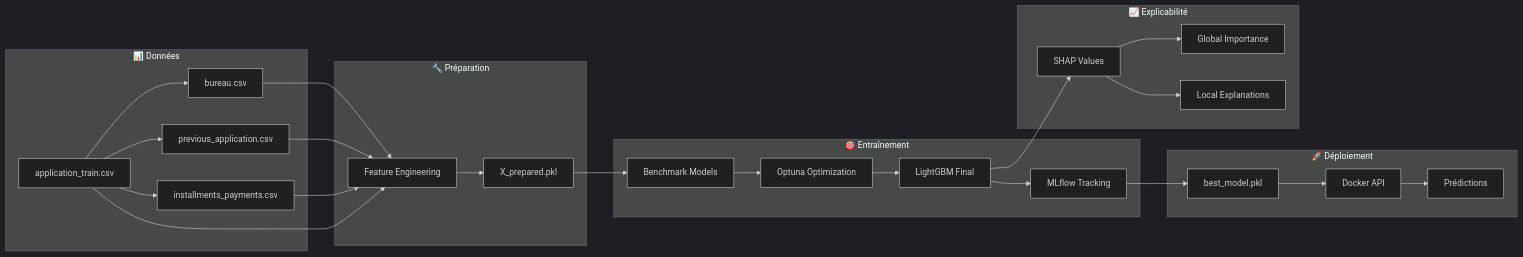
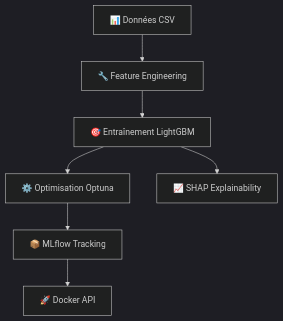
Before and after one commit to Gael926/credit-scoring-analysis-pipeline: the diagram in README.md, drawn with Mermaid (dark theme).

Commit message:
update graph mermaid

````diff
--- a/README.md
+++ b/README.md
@@ -7,35 +7,9 @@
 ```mermaid
-flowchart LR
-    subgraph Data["📊 Données"]
-        A[application_train.csv] --> B[bureau.csv]
-        A --> C[previous_application.csv]
-        A --> D[installments_payments.csv]
-    end
-    
-    subgraph Prep["🔧 Préparation"]
-        B --> E[Feature Engineering]
-        C --> E
-        D --> E
-        A --> E
-        E --> F[X_prepared.pkl]
-    end
-    
-    subgraph Train["🎯 Entraînement"]
-        F --> G[Benchmark Models]
-        G --> H[Optuna Optimization]
-        H --> I[LightGBM Final]
-        I --> J[MLflow Tracking]
-    end
-    
-    subgraph Deploy["🚀 Déploiement"]
-        J --> K[best_model.pkl]
-        K --> L[Docker API]
-        L --> M[Prédictions]
-    end
-    
-    subgraph Explain["📈 Explicabilité"]
-        I --> N[SHAP Values]
-        N --> O[Global Importance]
-        N --> P[Local Explanations]
-    end
+flowchart TD
+    A[📊 Données CSV] --> B[🔧 Feature Engineering]
+    B --> C[🎯 Entraînement LightGBM]
+    C --> D[⚙️ Optimisation Optuna]
+    D --> E[📦 MLflow Tracking]
+    E --> F[🚀 Docker API]
+    C --> G[📈 SHAP Explainability]
 ```
````
